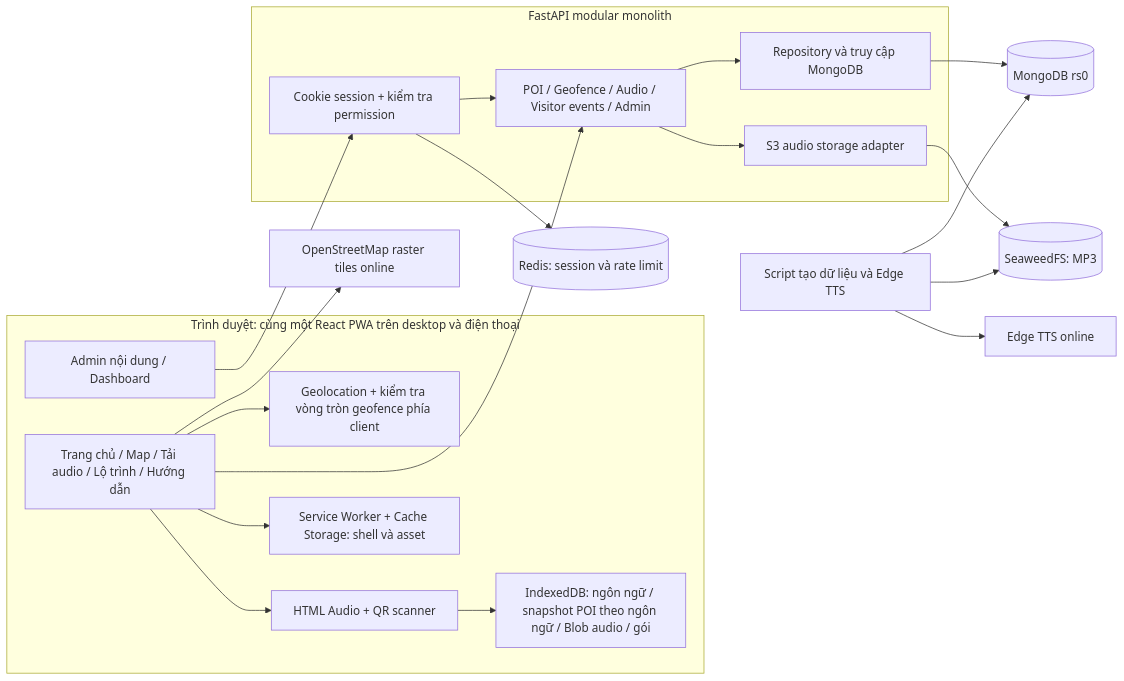
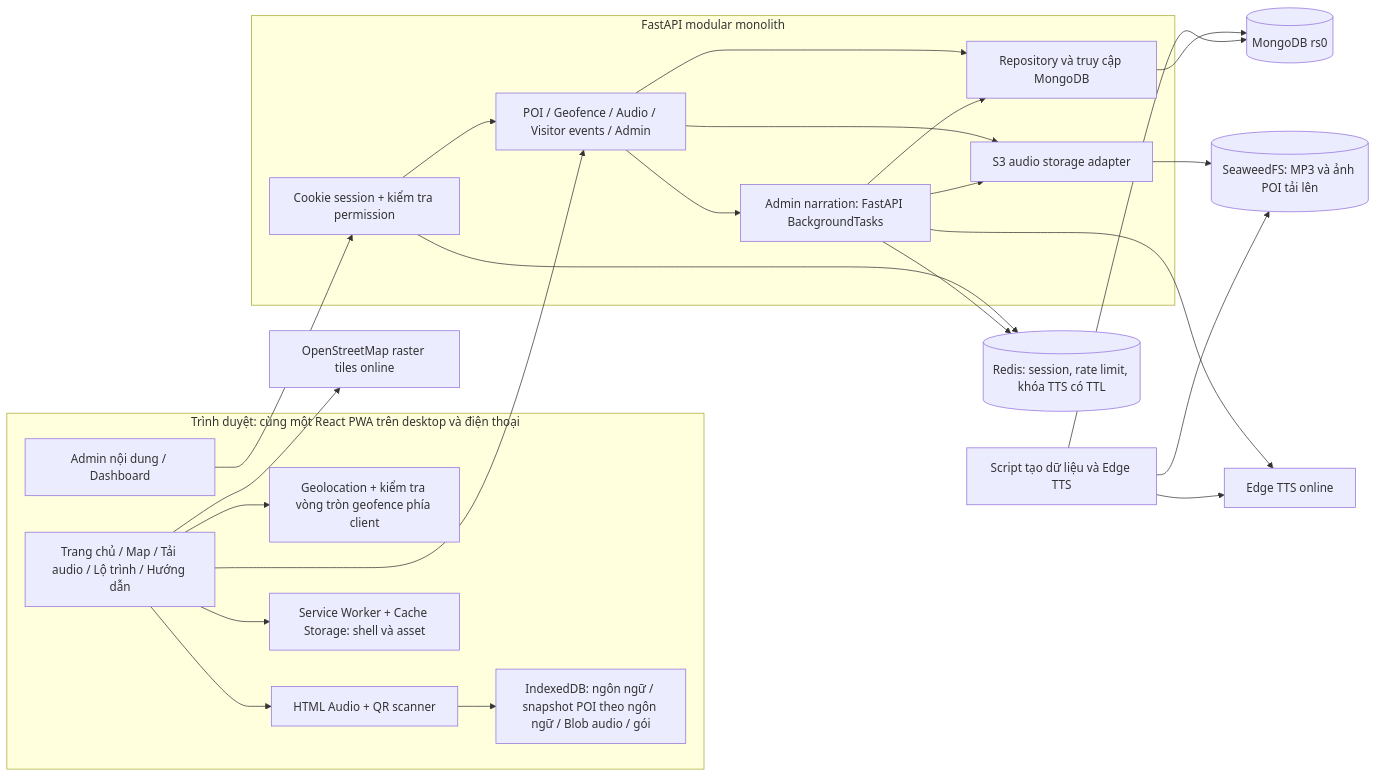
The first of 3 diagrams in docs/CURRENT_ARCHITECTURE.md (BXXOYOUNG/multilingual-guide-services-saigon-zoo), drawn with Mermaid before and after one commit. The commit also changed other lines of this file and 26 other files, not shown here.

Commit message:
Add admin POI image, narration and offline publishing workflow

````diff
--- a/docs/CURRENT_ARCHITECTURE.md
+++ b/docs/CURRENT_ARCHITECTURE.md
@@ -17,33 +17,39 @@
 ```mermaid
 flowchart LR
   subgraph Browser[Trình duyệt: cùng một React PWA trên desktop và điện thoại]
     Visitor[Trang chủ / Map / Tải audio / Lộ trình / Hướng dẫn]
     Admin[Admin nội dung / Dashboard]
     Geo[Geolocation + kiểm tra vòng tròn geofence phía client]
     Player[HTML Audio + QR scanner]
     IDB[IndexedDB: ngôn ngữ / snapshot POI theo ngôn ngữ / Blob audio / gói]
     SW[Service Worker + Cache Storage: shell và asset]
     Visitor --> Geo
     Visitor --> Player
     Player --> IDB
     Visitor --> SW
   end
   subgraph API[FastAPI modular monolith]
     Routes[POI / Geofence / Audio / Visitor events / Admin]
     Auth[Cookie session + kiểm tra permission]
     Repos[Repository và truy cập MongoDB]
     Storage[S3 audio storage adapter]
+    TTS[Admin narration: FastAPI BackgroundTasks]
     Routes --> Repos
     Routes --> Storage
+    Routes --> TTS
+    TTS --> Repos
+    TTS --> Storage
     Auth --> Routes
   end
   Visitor --> Routes
   Admin --> Auth
-  Auth --> Redis[(Redis: session và rate limit)]
+  Auth --> Redis[(Redis: session, rate limit, khóa TTS có TTL)]
+  TTS --> Redis
+  TTS --> Edge[Edge TTS online]
   Repos --> Mongo[(MongoDB rs0)]
-  Storage --> S3[(SeaweedFS: MP3)]
+  Storage --> S3[(SeaweedFS: MP3 và ảnh POI tải lên)]
   Seed[Script tạo dữ liệu và Edge TTS] --> Mongo
   Seed --> S3
-  Seed --> Edge[Edge TTS online]
+  Seed --> Edge
   Visitor --> OSM[OpenStreetMap raster tiles online]
 ```
````
